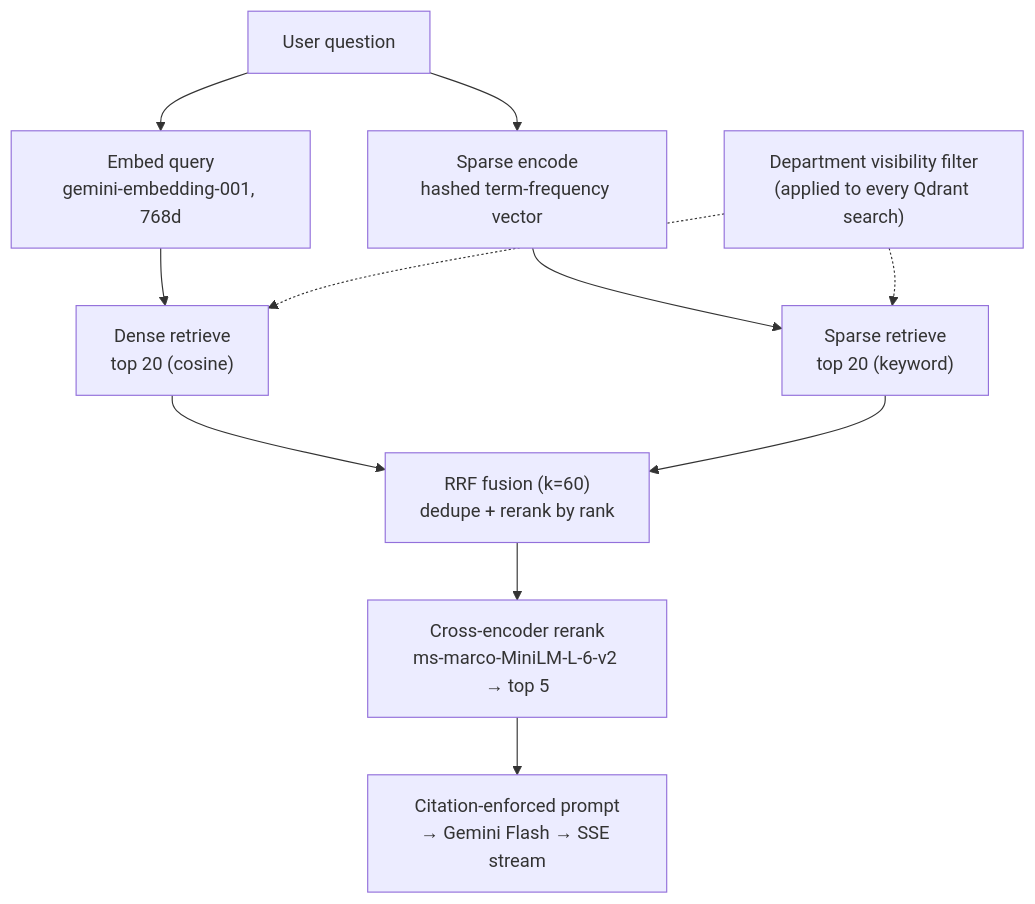
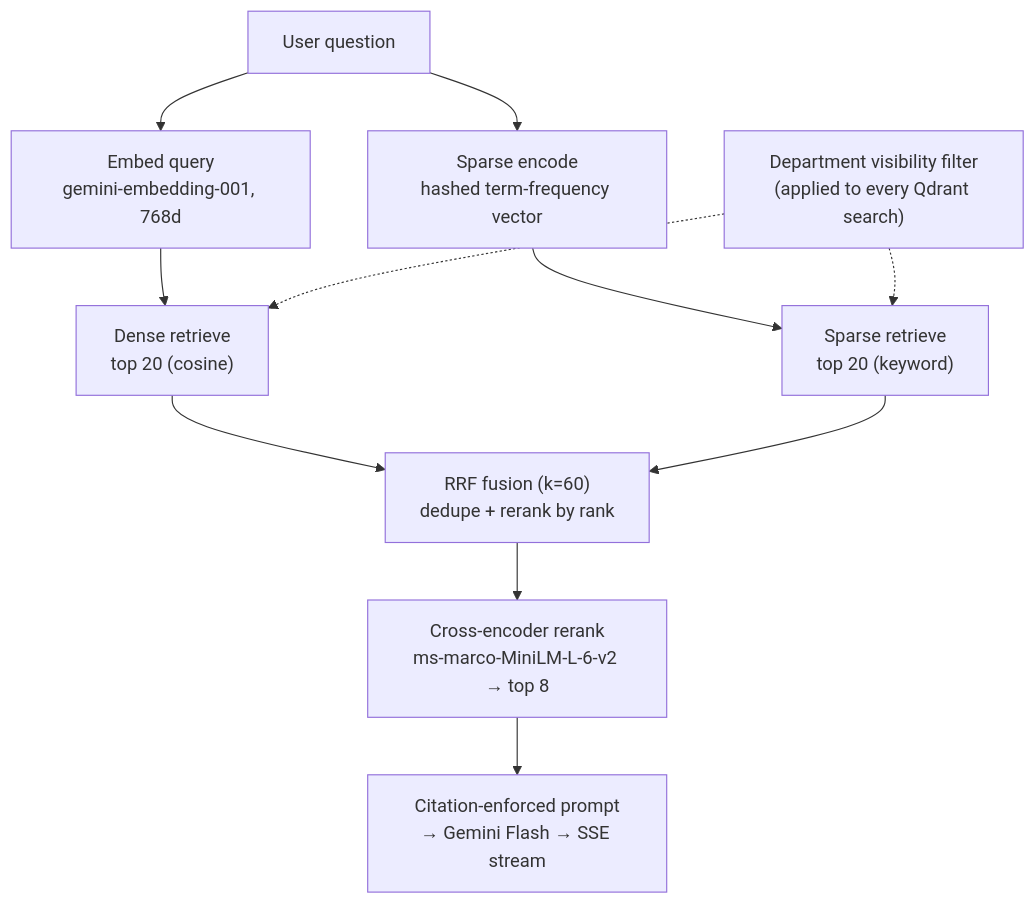
One commit to yasharth-0910/pragya changed the second of 2 diagrams in README.md. Above: the diagram before and after it, drawn with Mermaid. The commit also changed other lines of this file, not shown here.

First line of the commit message:
docs: update README with corrected eval results and top-8 rerank

````diff
--- a/README.md
+++ b/README.md
@@ -80,14 +80,14 @@
 ```mermaid
 flowchart TD
     Q["User question"] --> EMB["Embed query<br/>gemini-embedding-001, 768d"]
     Q --> SP["Sparse encode<br/>hashed term-frequency vector"]
     EMB --> DR["Dense retrieve<br/>top 20 (cosine)"]
     SP --> SR["Sparse retrieve<br/>top 20 (keyword)"]
     DR --> RRF["RRF fusion (k=60)<br/>dedupe + rerank by rank"]
     SR --> RRF
-    RRF --> CE["Cross-encoder rerank<br/>ms-marco-MiniLM-L-6-v2 → top 5"]
+    RRF --> CE["Cross-encoder rerank<br/>ms-marco-MiniLM-L-6-v2 → top 8"]
     CE --> GEN["Citation-enforced prompt<br/>→ Gemini Flash → SSE stream"]
 
     RBAC["Department visibility filter<br/>(applied to every Qdrant search)"] -.-> DR
     RBAC -.-> SR
 ```
````
